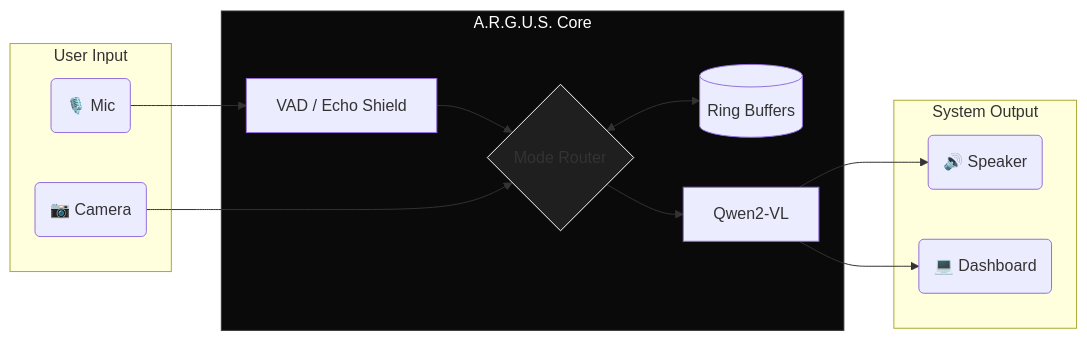
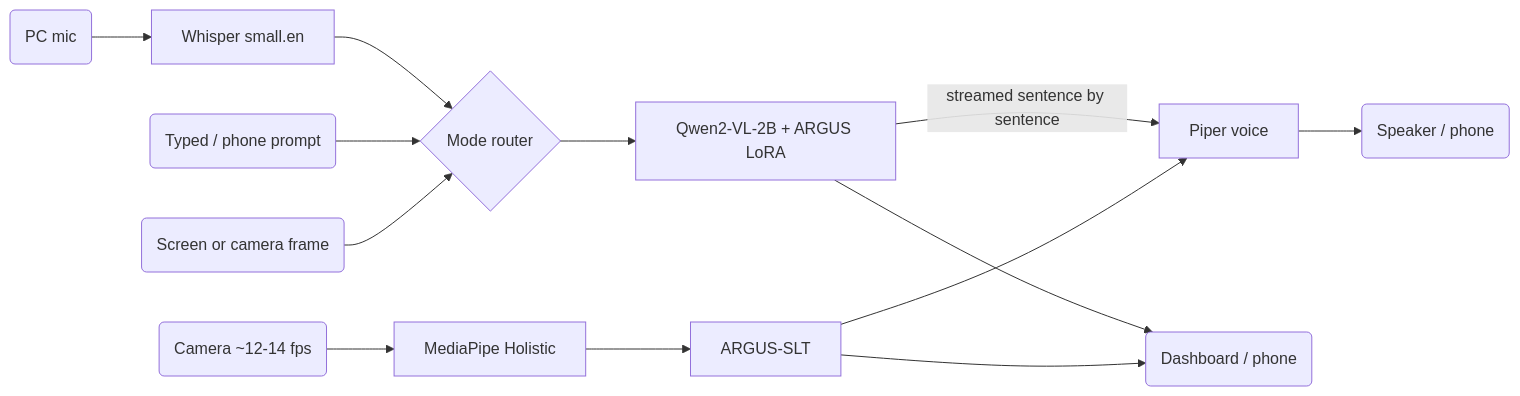
The diagram in README.md (AryanAnjum/Project_A-R-G-U-S), drawn with Mermaid before and after one commit. The commit also changed other lines of this file and 20 other files, not shown here.

````diff
--- a/README.md
+++ b/README.md
@@ -31,29 +36,15 @@
 ```mermaid
 flowchart LR
-    subgraph SENSORS [User Input]
-        MIC(🎙️ Mic)
-        CAM(📷 Camera)
-    end
-    
-    subgraph ENGINE [A.R.G.U.S. Core]
-        VAD[VAD / Echo Shield]
-        ROUTER{Mode Router}
-        MEM[(Ring Buffers)]
-        LLM[Qwen2-VL]
-    end
-    
-    subgraph OUTPUT [System Output]
-        TTS(🔊 Speaker)
-        UI(💻 Dashboard)
-    end
-
-    MIC --> VAD --> ROUTER
-    CAM --> ROUTER
-    ROUTER <--> MEM
-    ROUTER --> LLM
-    LLM --> TTS
-    LLM --> UI
-    
-    style ENGINE fill:#0a0a0a,stroke:#333,stroke-width:1px,color:#fff
-    style ROUTER fill:#1f1f1f,stroke:#fff
+    MIC(PC mic) --> STT[Whisper small.en]
+    STT --> ROUTER{Mode router}
+    TYPED(Typed / phone prompt) --> ROUTER
+    CAM(Screen or camera frame) --> ROUTER
+    ROUTER --> VLM[Qwen2-VL-2B + ARGUS LoRA]
+    VLM -- streamed sentence by sentence --> TTS[Piper voice]
+    VLM --> UI(Dashboard / phone)
+    TTS --> SPK(Speaker / phone)
+    SIGNCAM(Camera ~12-14 fps) --> MP[MediaPipe Holistic]
+    MP --> SLT[ARGUS-SLT]
+    SLT --> UI
+    SLT --> TTS
 ```
````
